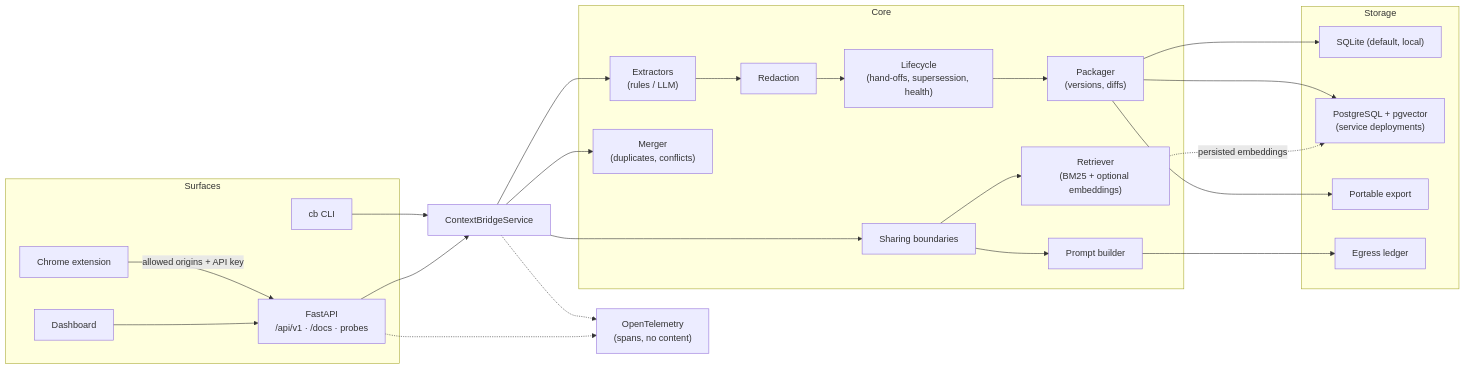
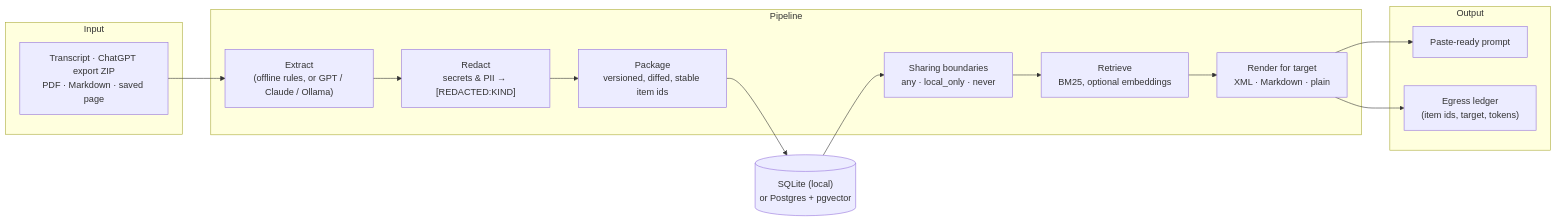
Before and after one commit to TirthPatel6104/ContextBridge: the diagram in README.md, drawn with Mermaid. The commit also changed other lines of this file, not shown here.

````diff
--- a/README.md
+++ b/README.md
@@ -121,40 +22,22 @@
 ```mermaid
 graph LR
-    subgraph Surfaces
-        CLI["cb CLI"]
-        API["FastAPI<br/>/api/v1 · /docs · probes"]
-        WEB["Dashboard"]
-        EXT["Chrome extension"]
+    subgraph Input
+        T["Transcript · ChatGPT export ZIP<br/>PDF · Markdown · saved page"]
     end
-    SVC["ContextBridgeService"]
-    subgraph Core
-        EXTR["Extractors<br/>(rules / LLM)"]
-        RED["Redaction"]
-        LIFE["Lifecycle<br/>(hand-offs, supersession, health)"]
-        PKG["Packager<br/>(versions, diffs)"]
-        RET["Retriever<br/>(BM25 + optional embeddings)"]
-        MRG["Merger<br/>(duplicates, conflicts)"]
-        SHR["Sharing boundaries"]
-        PB["Prompt builder"]
+    subgraph Pipeline
+        EX["Extract<br/>(offline rules, or GPT / Claude / Ollama)"]
+        RD["Redact<br/>secrets &amp; PII → [REDACTED:KIND]"]
+        PK["Package<br/>versioned, diffed, stable item ids"]
+        SH["Sharing boundaries<br/>any · local_only · never"]
+        RT["Retrieve<br/>BM25, optional embeddings"]
+        PB["Render for target<br/>XML · Markdown · plain"]
     end
-    subgraph Storage
-        SQL["SQLite (default, local)"]
-        PG["PostgreSQL + pgvector<br/>(service deployments)"]
-        PORT["Portable export"]
-        LEDGER["Egress ledger"]
+    subgraph Output
+        P["Paste-ready prompt"]
+        L["Egress ledger<br/>(item ids, target, tokens)"]
     end
-    OTEL["OpenTelemetry<br/>(spans, no content)"]
-    EXT -->|allowed origins + API key| API
-    WEB --> API
-    CLI --> SVC
-    API --> SVC
-    SVC --> EXTR --> RED --> LIFE --> PKG --> SQL
-    PKG --> PG
-    SVC --> SHR --> RET
-    RET -.->|persisted embeddings| PG
-    SHR --> PB --> LEDGER
-    SVC --> MRG
-    PKG --> PORT
-    SVC -.-> OTEL
-    API -.-> OTEL
+    ST[("SQLite (local)<br/>or Postgres + pgvector")]
+    T --> EX --> RD --> PK --> ST
+    ST --> SH --> RT --> PB --> P
+    PB --> L
 ```
````
